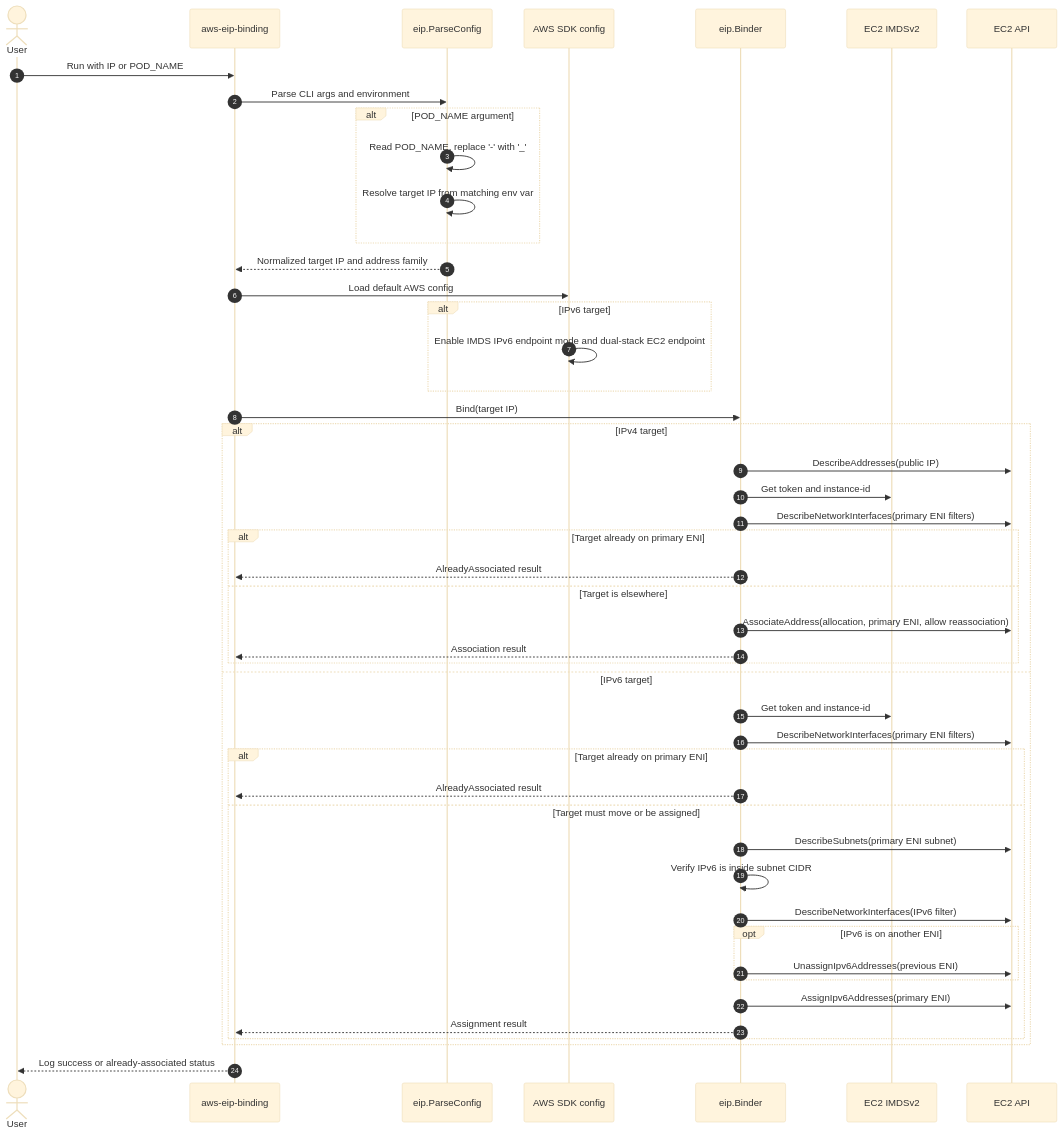
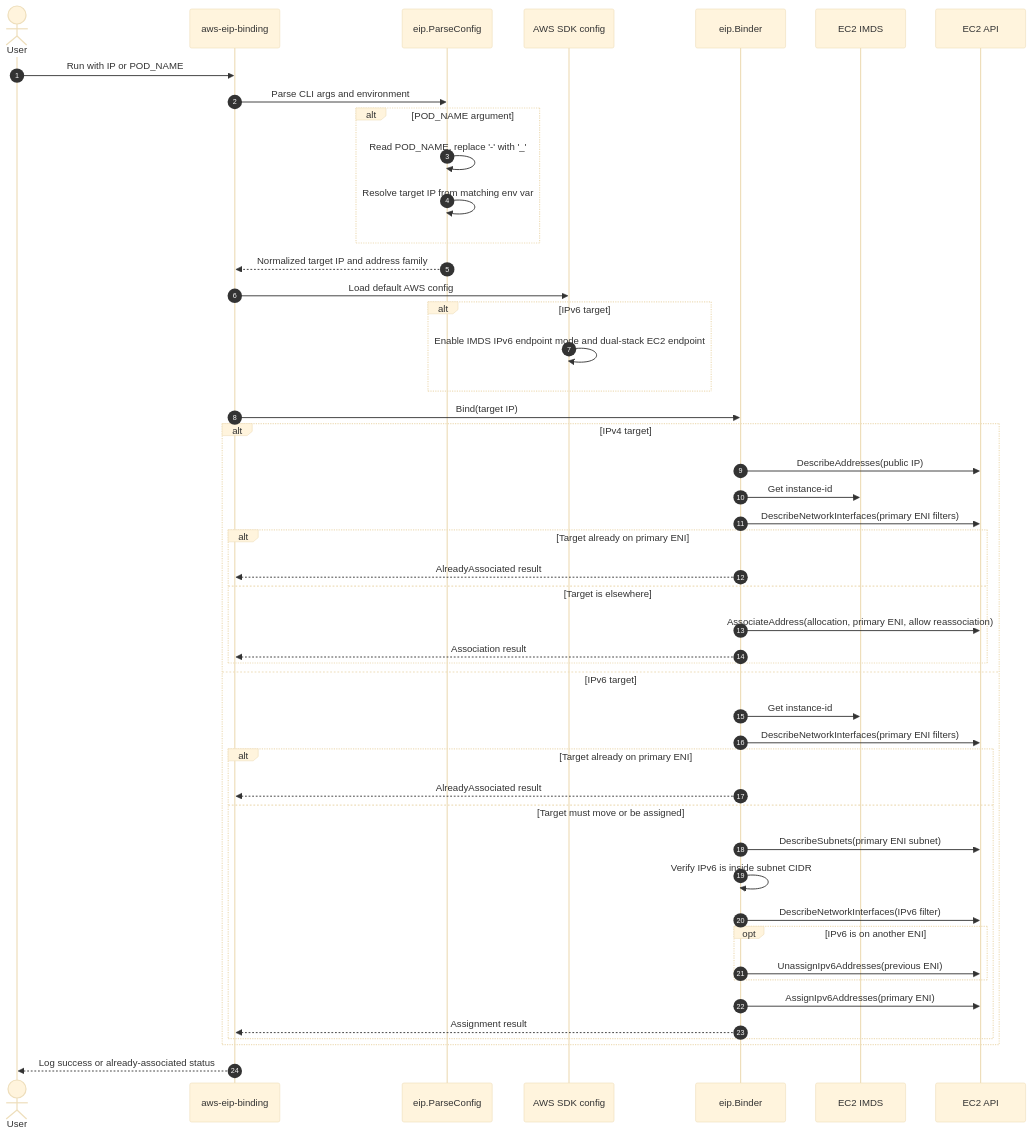
One commit to islishude/aws-eip-binding changed the first of 3 diagrams in README.md. Above: the diagram before and after it, drawn with Mermaid (base theme). The commit also changed other lines of this file and 2 other files, not shown here.

Commit message:
feat: allow imds v1 fallback

````diff
--- a/README.md
+++ b/README.md
@@ -23,52 +23,52 @@
 ```mermaid
 sequenceDiagram
     autonumber
     actor User
     participant CLI as aws-eip-binding
     participant Config as eip.ParseConfig
     participant AWSConfig as AWS SDK config
     participant Binder as eip.Binder
-    participant IMDS as EC2 IMDSv2
+    participant IMDS as EC2 IMDS
     participant EC2 as EC2 API
 
     User->>CLI: Run with IP or POD_NAME
     CLI->>Config: Parse CLI args and environment
     alt POD_NAME argument
         Config->>Config: Read POD_NAME, replace '-' with '_'
         Config->>Config: Resolve target IP from matching env var
     end
     Config-->>CLI: Normalized target IP and address family
     CLI->>AWSConfig: Load default AWS config
     alt IPv6 target
         AWSConfig->>AWSConfig: Enable IMDS IPv6 endpoint mode and dual-stack EC2 endpoint
     end
     CLI->>Binder: Bind(target IP)
 
     alt IPv4 target
         Binder->>EC2: DescribeAddresses(public IP)
-        Binder->>IMDS: Get token and instance-id
+        Binder->>IMDS: Get instance-id
         Binder->>EC2: DescribeNetworkInterfaces(primary ENI filters)
         alt Target already on primary ENI
             Binder-->>CLI: AlreadyAssociated result
         else Target is elsewhere
             Binder->>EC2: AssociateAddress(allocation, primary ENI, allow reassociation)
             Binder-->>CLI: Association result
         end
     else IPv6 target
-        Binder->>IMDS: Get token and instance-id
+        Binder->>IMDS: Get instance-id
         Binder->>EC2: DescribeNetworkInterfaces(primary ENI filters)
         alt Target already on primary ENI
             Binder-->>CLI: AlreadyAssociated result
         else Target must move or be assigned
             Binder->>EC2: DescribeSubnets(primary ENI subnet)
             Binder->>Binder: Verify IPv6 is inside subnet CIDR
             Binder->>EC2: DescribeNetworkInterfaces(IPv6 filter)
             opt IPv6 is on another ENI
                 Binder->>EC2: UnassignIpv6Addresses(previous ENI)
             end
             Binder->>EC2: AssignIpv6Addresses(primary ENI)
             Binder-->>CLI: Assignment result
         end
     end
     CLI-->>User: Log success or already-associated status
 ```
````
